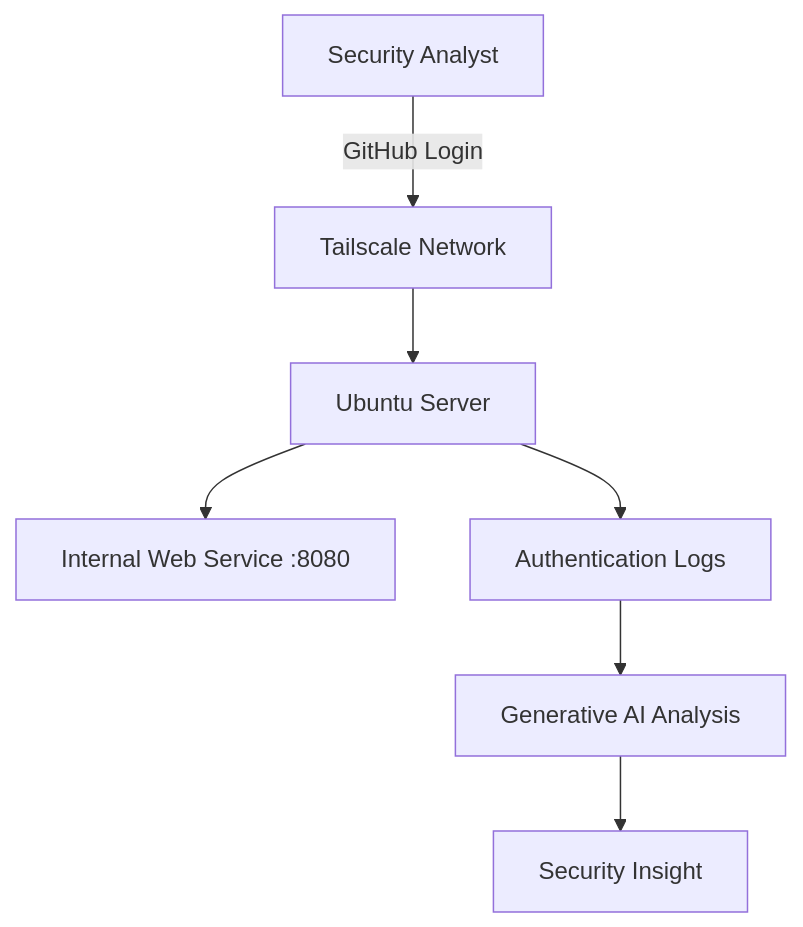
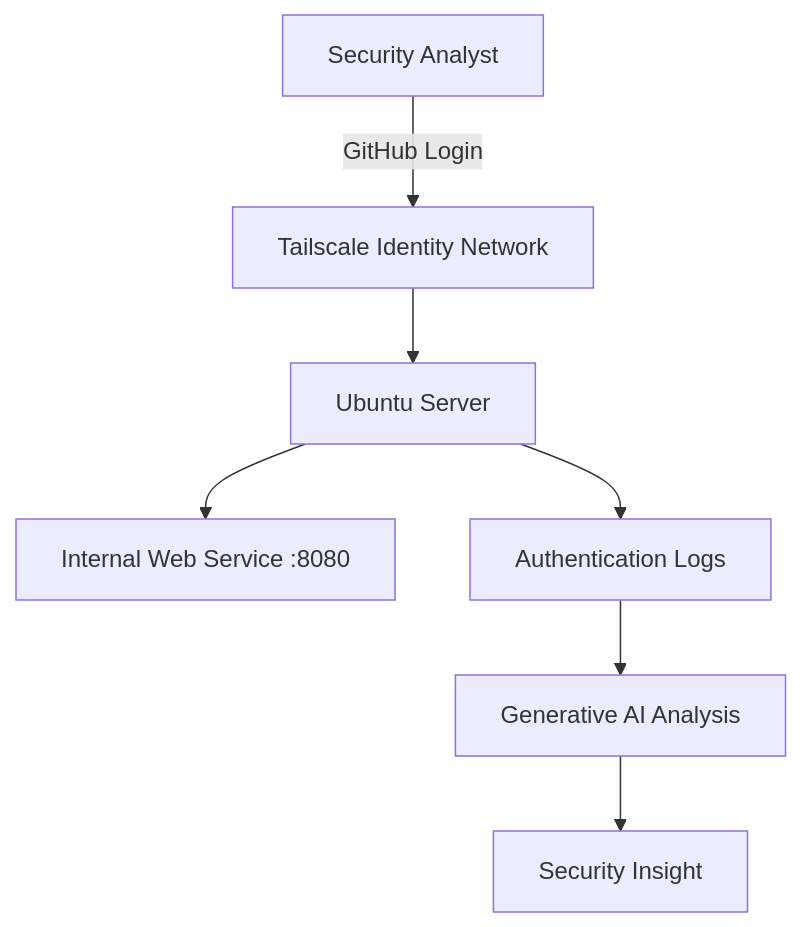
One commit to prithvin04/zero-trust-identity-lab changed the diagram in docs/index.md. Above: the diagram before and after it, drawn with Mermaid. The commit also changed other lines of this file, not shown here.

````diff
--- a/docs/index.md
+++ b/docs/index.md
@@ -48,17 +48,17 @@
 ```mermaid
 graph TD
 
 User[Security Analyst]
 
-User -->|GitHub Login| Tailscale[Tailscale Network]
+User -->|GitHub Login| Tailscale[Tailscale Identity Network]
 
 Tailscale --> Server[Ubuntu Server]
 
 Server --> Service[Internal Web Service :8080]
 
 Server --> Logs[Authentication Logs]
 
 Logs --> GenAI[Generative AI Analysis]
 
 GenAI --> Analyst[Security Insight]
 ```
````
